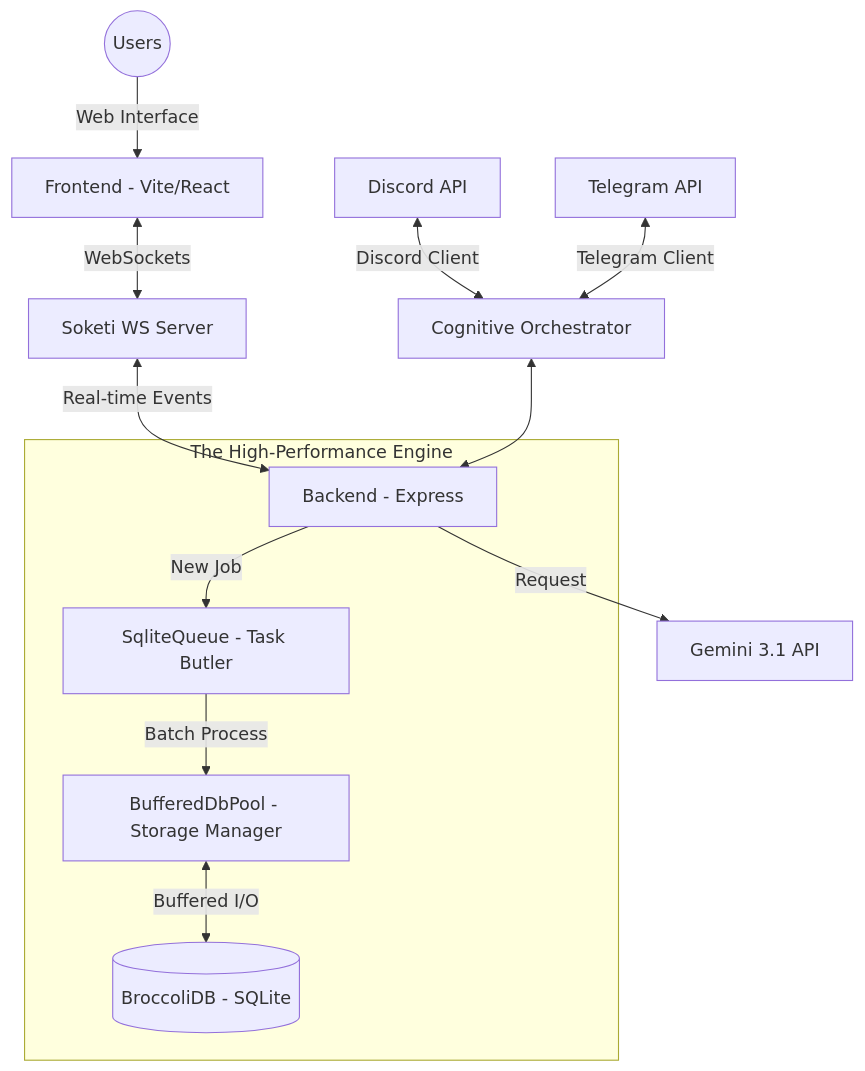
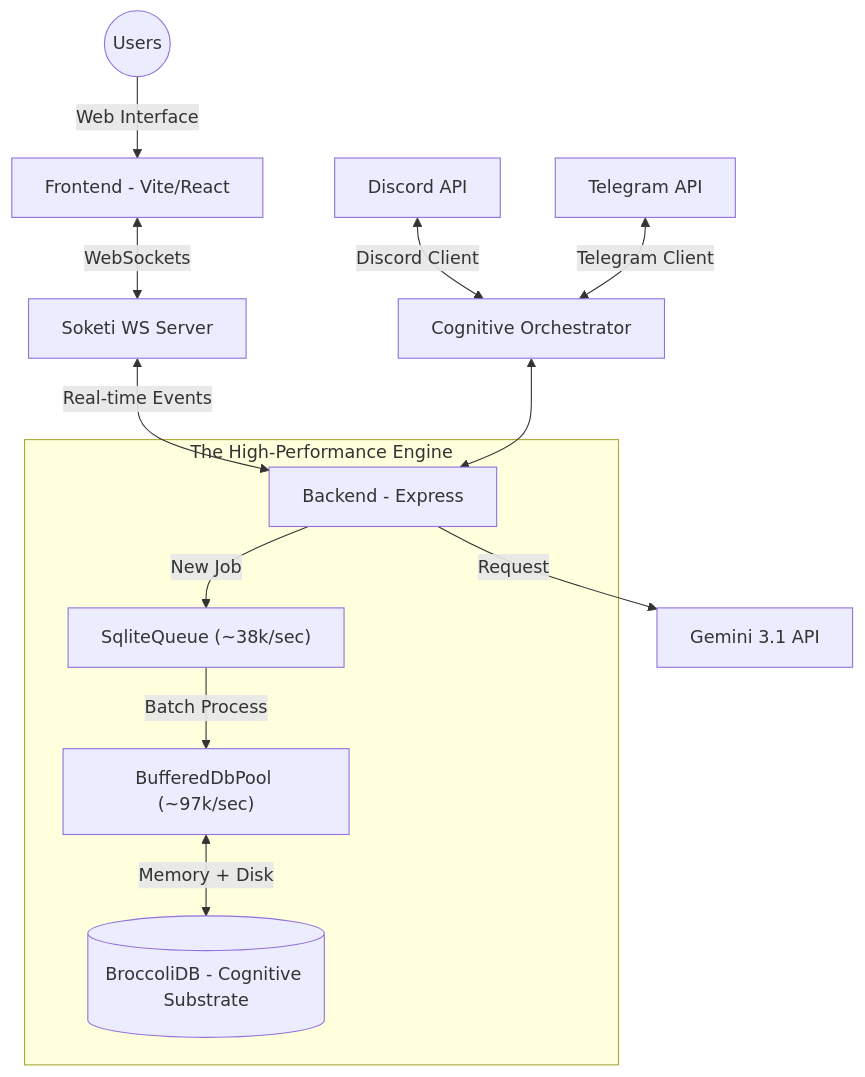
Before and after one commit to CardSorting/AIDreamBees: the diagram in docs/ARCHITECTURE.md, drawn with Mermaid. The commit also changed other lines of this file and 1 other file, not shown here.

First line of the commit message:
I have updated the architectural diagrams in both the README.md and docs/ARCHITECTURE.md to reflect our recent performance findings.

````diff
--- a/docs/ARCHITECTURE.md
+++ b/docs/ARCHITECTURE.md
@@ -21,18 +21,18 @@
 ```mermaid
 graph TD
     User((Users)) -->|Web Interface| Frontend[Frontend - Vite/React]
     Frontend <-->|WebSockets| Soketi[Soketi WS Server]
     Soketi <-->|Real-time Events| Backend[Backend - Express]
     
     subgraph "The High-Performance Engine"
-        Backend -->|New Job| Queue[SqliteQueue - Task Butler]
-        Queue -->|Batch Process| DBManager[BufferedDbPool - Storage Manager]
-        DBManager <-->|Buffered I/O| BDB[(BroccoliDB - SQLite)]
+        Backend -->|New Job| Queue["SqliteQueue (~38k/sec)"]
+        Queue -->|Batch Process| DBManager["BufferedDbPool (~97k/sec)"]
+        DBManager <-->|Memory + Disk| BDB[("BroccoliDB - Cognitive Substrate")]
     end
     
     Discord[Discord API] <-->|Discord Client| Orchestrator[Cognitive Orchestrator]
     Telegram[Telegram API] <-->|Telegram Client| Orchestrator
     
     Orchestrator <--> Backend
     Backend -->|Request| Gemini[Gemini 3.1 API]
 ```
````
